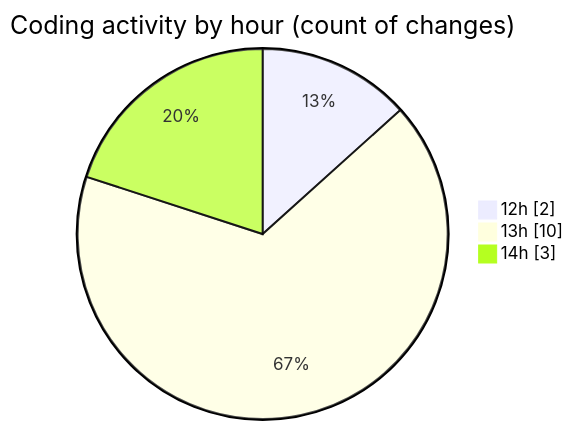
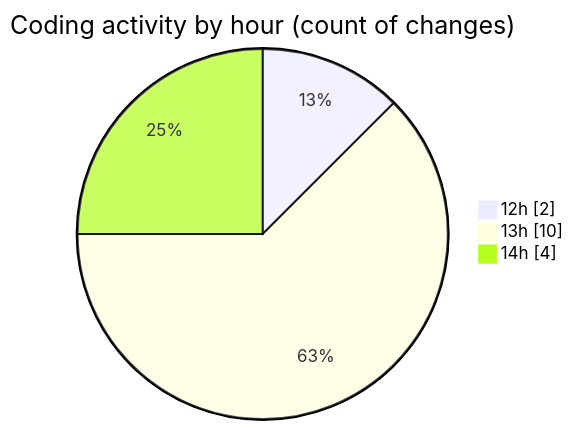
The second of 2 diagrams in 2026-07-12/untitled__workspace_/README.md (shibass792/code-tracking), drawn with Mermaid before and after one commit. The commit also changed other lines of this file and 1 other file, not shown here.

````diff
--- a/2026-07-12/untitled__workspace_/README.md
+++ b/2026-07-12/untitled__workspace_/README.md
@@ -28,7 +28,7 @@
 ```mermaid
 pie showData
 title Coding activity by hour (count of changes)
 "12h" : 2
 "13h" : 10
-"14h" : 3
+"14h" : 4
 ```
````
